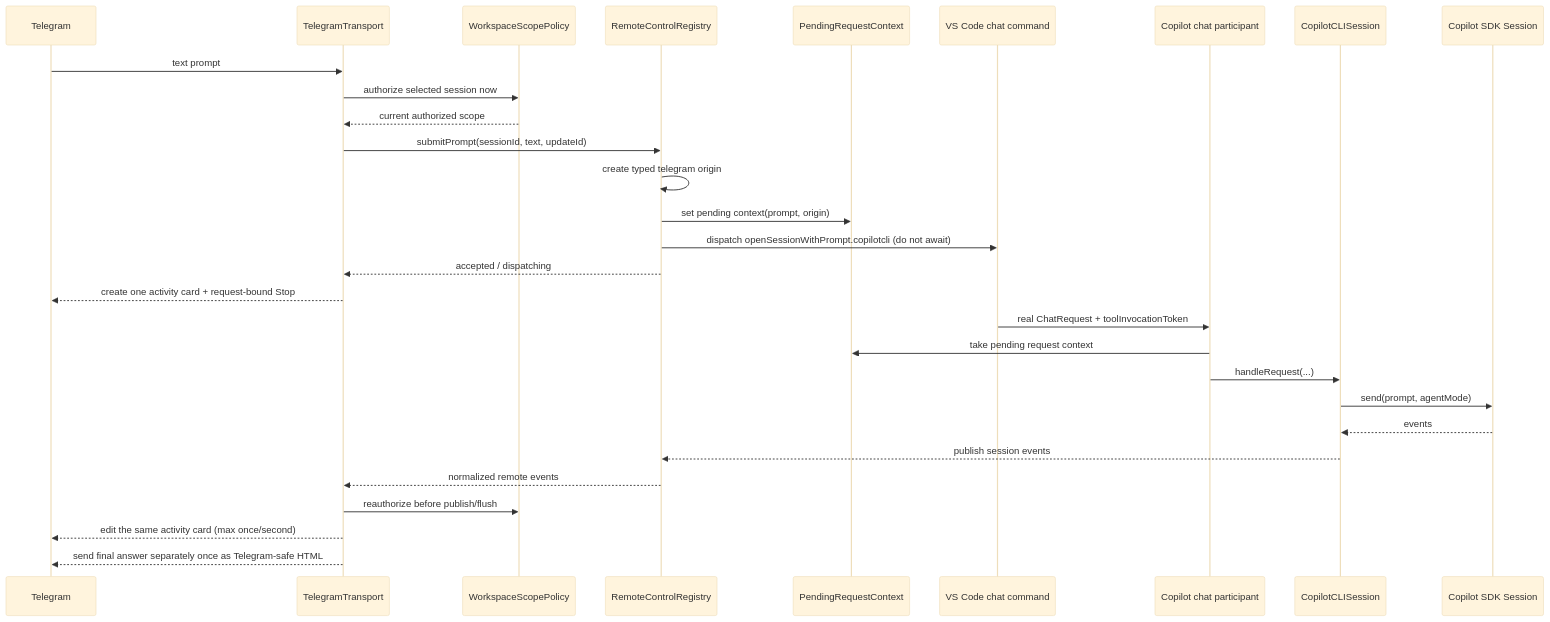
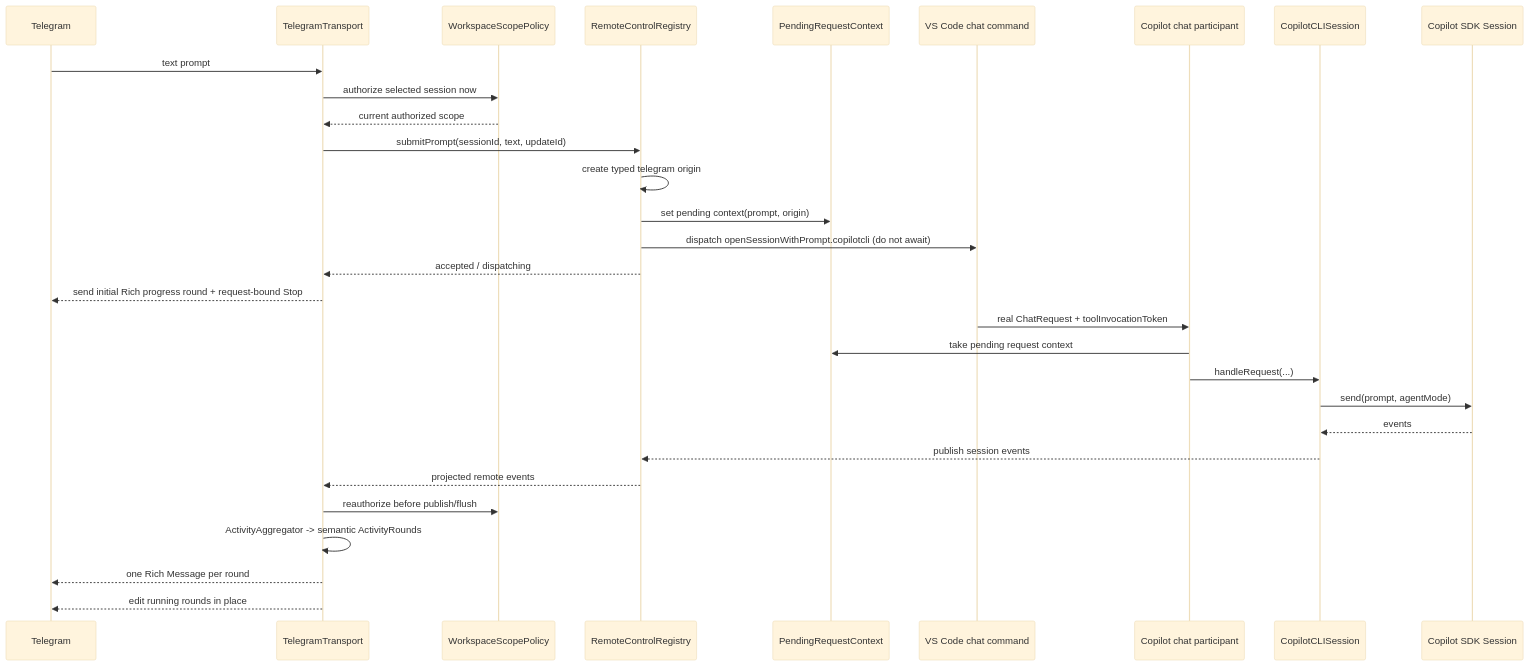
One commit to SachiHarshitha/vscode-telegram changed the sixth of 17 diagrams in extensions/copilot/docs/telegram-remote/CALL_FLOWS.md. Above: the diagram before and after it, drawn with Mermaid (base theme). The commit also changed other lines of this file and 32 other files, not shown here.

Commit message:
feat: add steerable Telegram rich activity timeline

````diff
--- a/extensions/copilot/docs/telegram-remote/CALL_FLOWS.md
+++ b/extensions/copilot/docs/telegram-remote/CALL_FLOWS.md
@@ -157,32 +157,33 @@
 ```mermaid
 sequenceDiagram
     participant T as Telegram
     participant R as TelegramTransport
     participant A as WorkspaceScopePolicy
     participant REG as RemoteControlRegistry
     participant X as PendingRequestContext
     participant VS as VS Code chat command
     participant P as Copilot chat participant
     participant S as CopilotCLISession
     participant SDK as Copilot SDK Session
 
     T->>R: text prompt
     R->>A: authorize selected session now
     A-->>R: current authorized scope
     R->>REG: submitPrompt(sessionId, text, updateId)
     REG->>REG: create typed telegram origin
     REG->>X: set pending context(prompt, origin)
     REG->>VS: dispatch openSessionWithPrompt.copilotcli (do not await)
     REG-->>R: accepted / dispatching
-    R-->>T: create one activity card + request-bound Stop
+    R-->>T: send initial Rich progress round + request-bound Stop
     VS->>P: real ChatRequest + toolInvocationToken
     P->>X: take pending request context
     P->>S: handleRequest(...)
     S->>SDK: send(prompt, agentMode)
     SDK-->>S: events
     S-->>REG: publish session events
-    REG-->>R: normalized remote events
+    REG-->>R: projected remote events
     R->>A: reauthorize before publish/flush
-    R-->>T: edit the same activity card (max once/second)
-    R-->>T: send final answer separately once as Telegram-safe HTML
+    R->>R: ActivityAggregator -> semantic ActivityRounds
+    R-->>T: one Rich Message per round
+    R-->>T: edit running rounds in place
 ```
````
